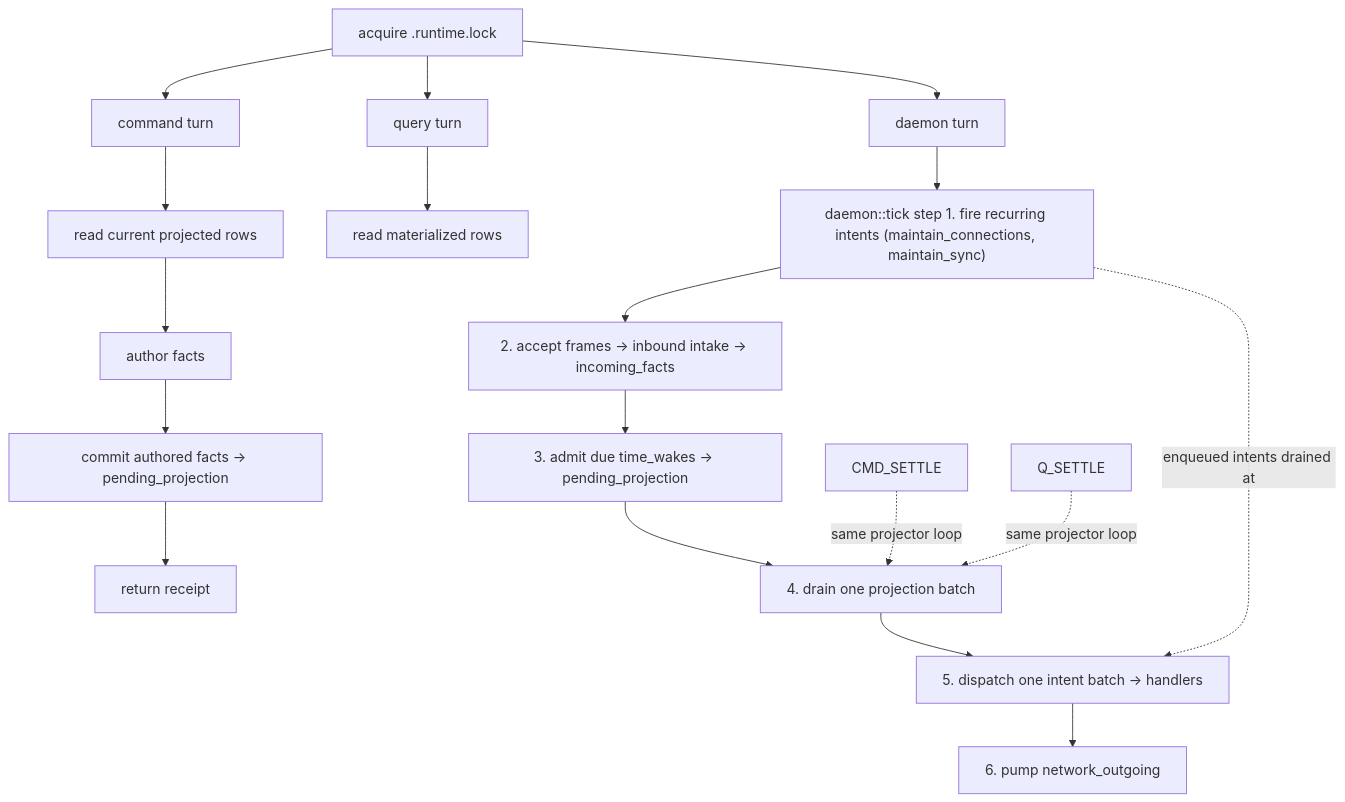
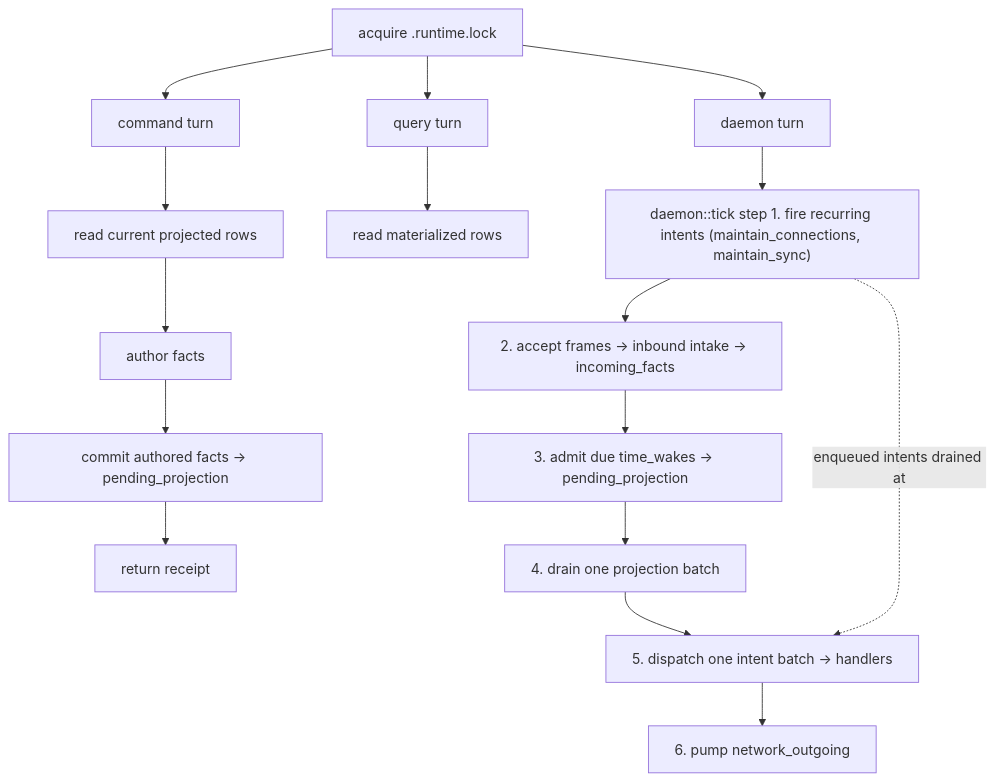
The second of 5 diagrams in ARCHITECTURE_DIAGRAMS.md (holmesworcester/poc-10), drawn with Mermaid before and after one commit. The commit also changed other lines of this file and 14 other files, not shown here.

Commit message:
docs: correct architecture diagrams and context naming

````diff
--- a/ARCHITECTURE_DIAGRAMS.md
+++ b/ARCHITECTURE_DIAGRAMS.md
@@ -120,26 +146,24 @@
 ```mermaid
 %%{init: {"flowchart": {"wrappingWidth": 300}} }%%
 flowchart TD
     LOCK["acquire <db>.runtime.lock"]
 
     LOCK --> CMD["command turn"]
     CMD --> READ_INPUTS["read current projected rows"]
     READ_INPUTS --> AUTHOR["author facts"]
     AUTHOR --> COMMIT_FACTS["commit authored facts -> pending_projection"]
     COMMIT_FACTS --> RECEIPT["return receipt"]
 
     LOCK --> Q["query turn"]
     Q --> READ["read materialized rows"]
 
     LOCK --> TICK["daemon turn"]
     TICK --> T0["daemon::tick step 1. fire recurring intents (maintain_connections, maintain_sync)"]
     T0 --> T1["2. accept frames -> inbound intake -> incoming_facts"]
     T1 --> T2["3. admit due time_wakes -> pending_projection"]
     T2 --> T3["4. drain one projection batch"]
     T3 --> T4["5. dispatch one intent batch -> handlers"]
     T4 --> T5["6. pump network_outgoing"]
 
     T0 -.enqueued intents drained at.-> T4
-    CMD_SETTLE -.same projector loop.-> T3
-    Q_SETTLE -.same projector loop.-> T3
 ```
````
